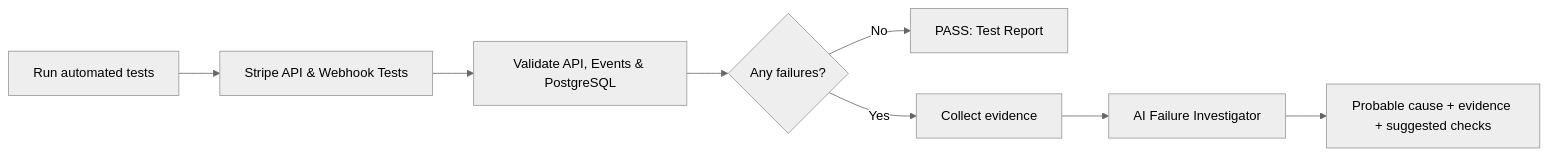
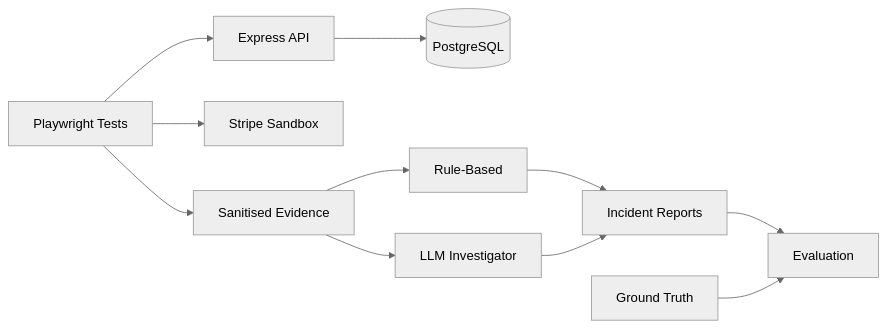
Before and after one commit to MaryPavlenko/stripe-api-ai-failure-investigator: the diagram in README.md, drawn with Mermaid (neutral theme). The commit also changed other lines of this file and 4 other files, not shown here.

````diff
--- a/README.md
+++ b/README.md
@@ -27,10 +18,13 @@
 ```mermaid
 flowchart LR
-    A[Run automated tests] --> B[Stripe API & Webhook Tests]
-    B --> C[Validate API, Events & PostgreSQL]
-    C --> D{Any failures?}
-    D -->|No| E[PASS: Test Report]
-    D -->|Yes| F[Collect evidence]
-    F --> G[AI Failure Investigator]
-    G --> H[Probable cause + evidence + suggested checks]
+    A["Playwright Tests"] --> B["Express API"]
+    A --> C["Stripe Sandbox"]
+    B --> D[("PostgreSQL")]
+    A --> E["Sanitised Evidence"]
+    E --> F["Rule-Based"]
+    E --> G["LLM Investigator"]
+    F --> H["Incident Reports"]
+    G --> H
+    H --> I["Evaluation"]
+    J["Ground Truth"] --> I
 ```
````
